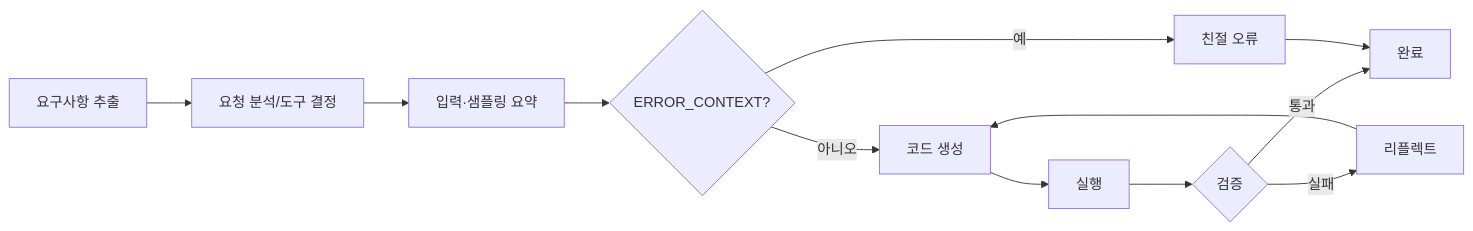
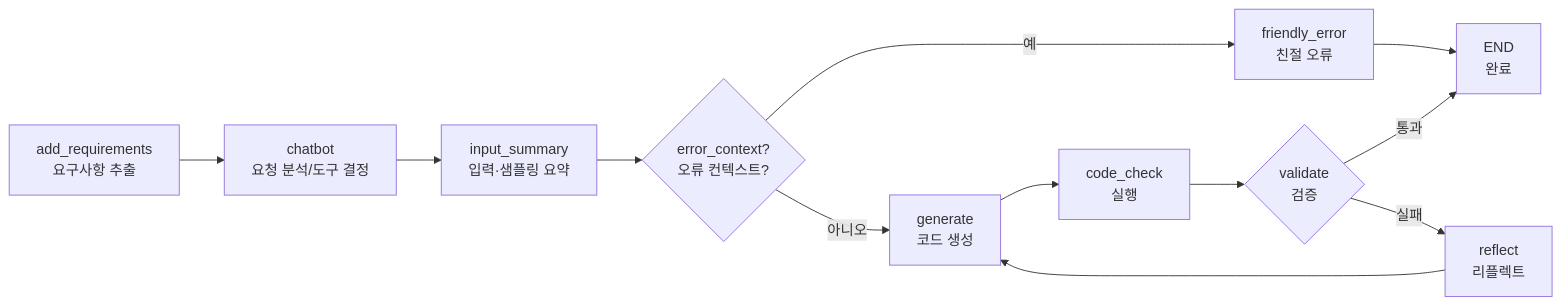
The second of 3 diagrams in README.md (sonsukwoo/Data_preprocessing_auto), drawn with Mermaid before and after one commit. The commit also changed other lines of this file, not shown here.

````diff
--- a/README.md
+++ b/README.md
@@ -114,12 +114,12 @@
 ```mermaid
 flowchart LR
-  A[요구사항 추출] --> B[요청 분석/도구 결정]
-  B --> C[입력·샘플링 요약]
-  C --> D{ERROR_CONTEXT?}
-  D -->|아니오| E[코드 생성]
-  E --> F[실행]
-  F --> G{검증}
-  G -->|통과| H[완료]
-  G -->|실패| R[리플렉트] --> E
-  D -->|예| X[친절 오류] --> H
+  A[add_requirements<br/>요구사항 추출] --> B[chatbot<br/>요청 분석/도구 결정]
+  B --> C[input_summary<br/>입력·샘플링 요약]
+  C --> D{error_context?<br/>오류 컨텍스트?}
+  D -->|예| X[friendly_error<br/>친절 오류] --> H[END<br/>완료]
+  D -->|아니오| E[generate<br/>코드 생성]
+  E --> F[code_check<br/>실행]
+  F --> G{validate<br/>검증}
+  G -->|통과| H
+  G -->|실패| R[reflect<br/>리플렉트] --> E
 ```
````
